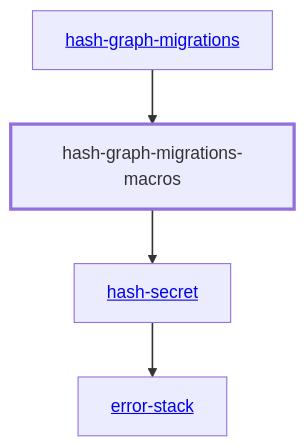
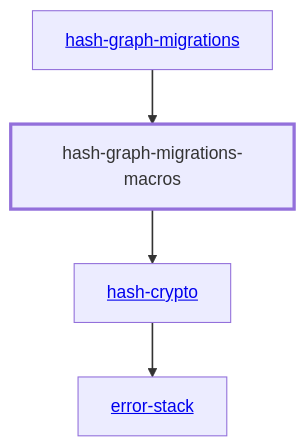
Before and after one commit to hashintel/hash: the diagram in libs/@local/graph/migrations-macros/docs/dependency-diagram.mmd, drawn with Mermaid. The commit also changed 138 other files, not shown here.

Commit message:
Rename hash-secret to hash-crypto

```diff
--- a/libs/@local/graph/migrations-macros/docs/dependency-diagram.mmd
+++ b/libs/@local/graph/migrations-macros/docs/dependency-diagram.mmd
@@ -1,18 +1,18 @@
 graph TD
     linkStyle default stroke-width:1.5px
     classDef default stroke-width:1px
     classDef root stroke-width:3px
     classDef dev stroke-width:1px
     classDef build stroke-width:1px
     %% Legend
     %% --> : Normal dependency
     %% -.-> : Dev dependency
     %% ---> : Build dependency
-    0[<a href="../hash_graph_migrations/index.html">hash-graph-migrations</a>]
-    1[hash-graph-migrations-macros]
-    class 1 root
-    2[<a href="../hash_secret/index.html">hash-secret</a>]
+    0[<a href="../hash_crypto/index.html">hash-crypto</a>]
+    1[<a href="../hash_graph_migrations/index.html">hash-graph-migrations</a>]
+    2[hash-graph-migrations-macros]
+    class 2 root
     3[<a href="../error_stack/index.html">error-stack</a>]
-    0 --> 1
+    0 --> 3
     1 --> 2
-    2 --> 3
+    2 --> 0
```
